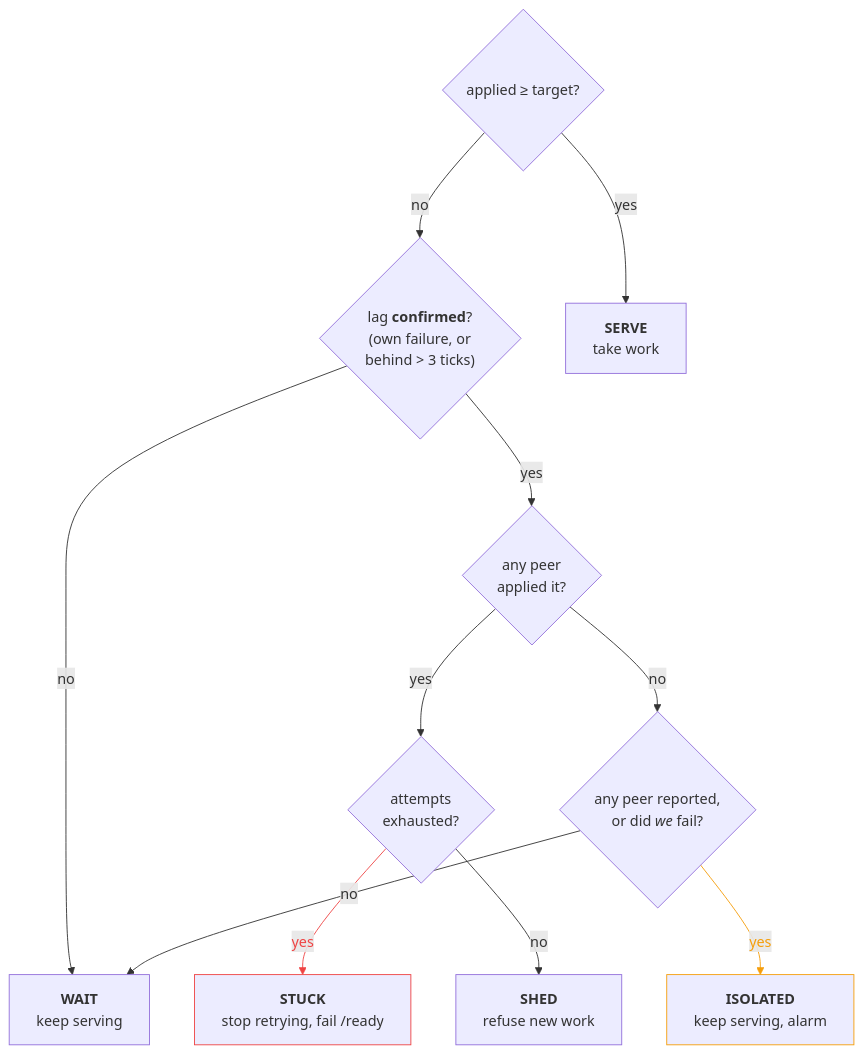
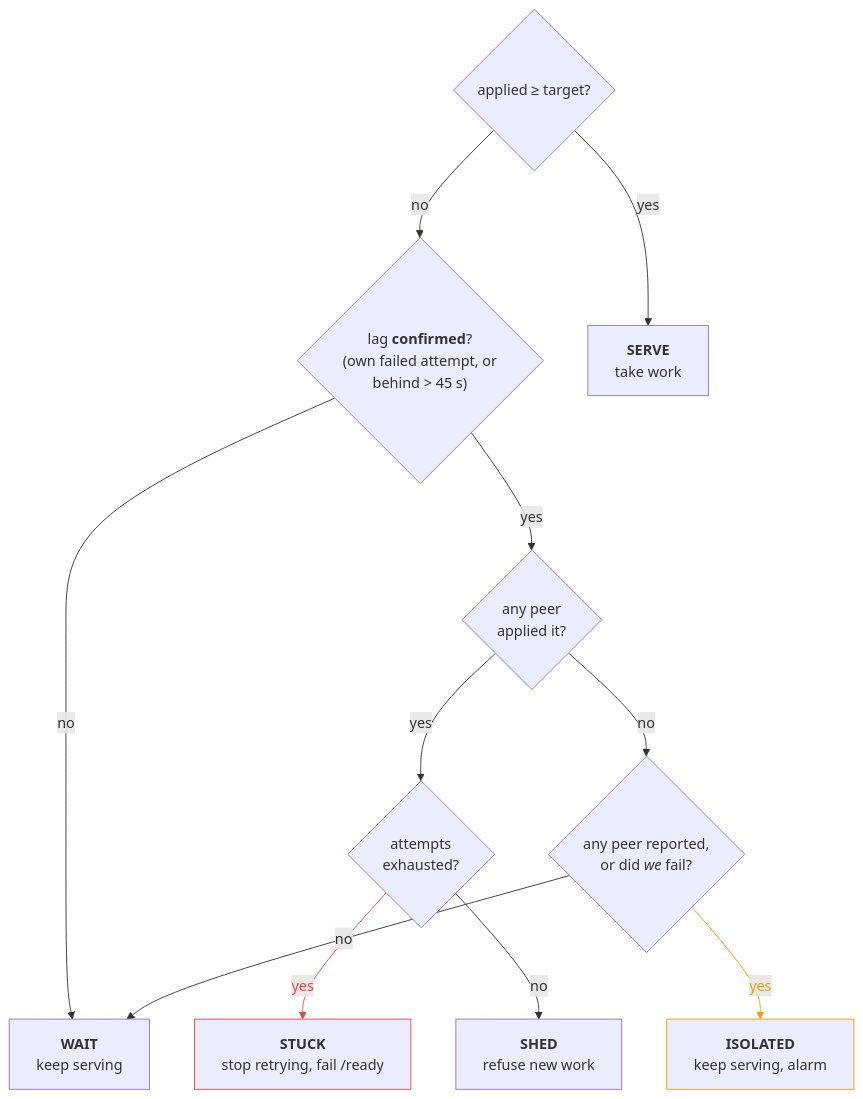
Before and after one commit to crewlet/crewlet: the second of 2 diagrams in docs/concepts/control-plane.md, drawn with Mermaid. The commit also changed other lines of this file and 7 other files, not shown here.

````diff
--- a/docs/concepts/control-plane.md
+++ b/docs/concepts/control-plane.md
@@ -118,30 +118,30 @@
 ```mermaid
 flowchart TD
     START{"applied ≥ target?"}
-    CONF{"lag <b>confirmed</b>?<br/>(own failure, or<br/>behind &gt; 3 ticks)"}
+    CONF{"lag <b>confirmed</b>?<br/>(own failed attempt, or<br/>behind &gt; 45 s)"}
     PEERS{"any peer<br/>applied it?"}
     ATT{"attempts<br/>exhausted?"}
     ANY{"any peer reported,<br/>or did <i>we</i> fail?"}
     SERVE["<b>SERVE</b><br/>take work"]
     WAIT["<b>WAIT</b><br/>keep serving"]
     SHED["<b>SHED</b><br/>refuse new work"]
     STUCK["<b>STUCK</b><br/>stop retrying, fail /ready"]
     ISO["<b>ISOLATED</b><br/>keep serving, alarm"]
     START -->|yes| SERVE
     START -->|no| CONF
     CONF -->|no| WAIT
     CONF -->|yes| PEERS
     PEERS -->|yes| ATT
     ATT -->|yes| STUCK
     ATT -->|no| SHED
     PEERS -->|no| ANY
     ANY -->|yes| ISO
     ANY -->|no| WAIT
 
     STUCK:::danger
     ISO:::warning
     classDef danger stroke:#ef4444
     classDef warning stroke:#f59e0b
     linkStyle 5 stroke:#ef4444,color:#ef4444
     linkStyle 8 stroke:#f59e0b,color:#f59e0b
 ```
````
